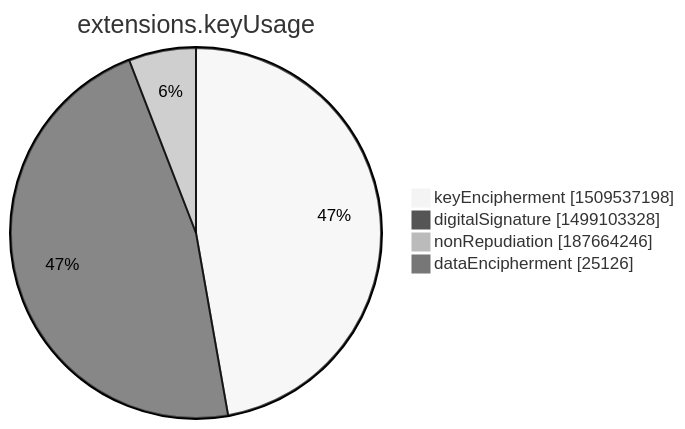
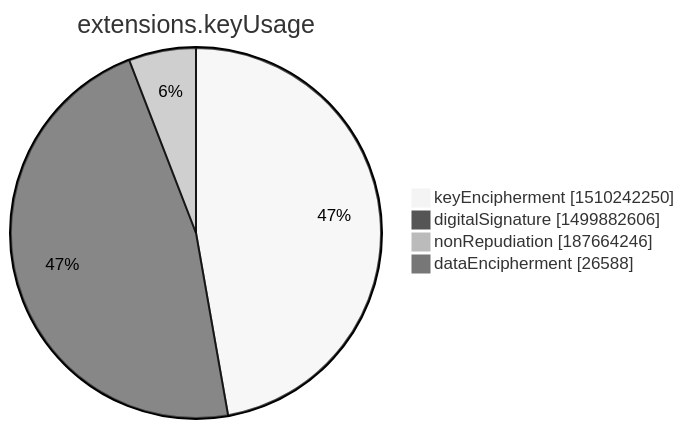
One commit to christiankrug/ctmonitor_visualization changed the seventh of 15 diagrams in xenon2022/README.md. Above: the diagram before and after it, drawn with Mermaid (neutral theme). The commit also changed other lines of this file, not shown here.

````diff
--- a/xenon2022/README.md
+++ b/xenon2022/README.md
@@ -2846,8 +2846,8 @@
 ```mermaid
 pie showData
 title extensions.keyUsage
-"keyEncipherment" :1509537198
-"digitalSignature" :1499103328
+"keyEncipherment" :1510242250
+"digitalSignature" :1499882606
 "nonRepudiation" :187664246
-"dataEncipherment" :25126
+"dataEncipherment" :26588
 ```
````
